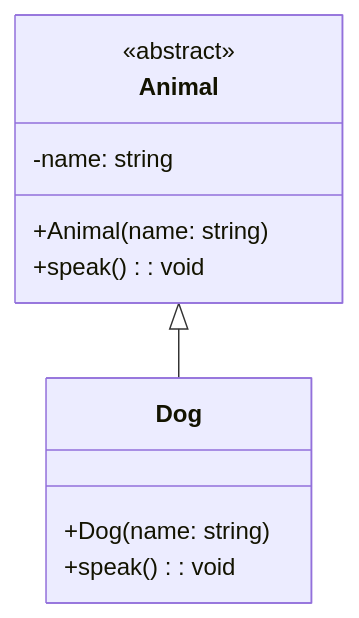
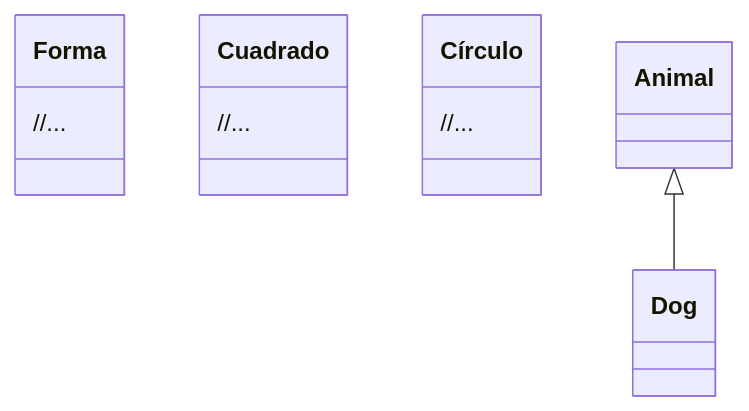
Before and after one commit to EmiMon-456/SobrecargaC: the diagram in Soluciones-Herencia-Emiliano-Montalvo-A00574526/Diagrama.md, drawn with Mermaid.

````diff
--- a/Soluciones-Herencia-Emiliano-Montalvo-A00574526/Diagrama.md
+++ b/Soluciones-Herencia-Emiliano-Montalvo-A00574526/Diagrama.md
@@ -1,18 +1,17 @@
 ```mermaid
 classDiagram
     %% Definición de clases
-    class Animal {
-        +Animal(name: string)
-        <<abstract>>
-        +speak(): void
-        -name: string
+    class Forma {
+        //...
     }
-    class Dog {
-        +Dog(name: string)
-        +speak(): void
+    class Cuadrado {
+        //...
+    }
+    class Círculo {
+        //...
     }
 
     %% Relaciones
     Animal <|-- Dog
 
 ```
````
